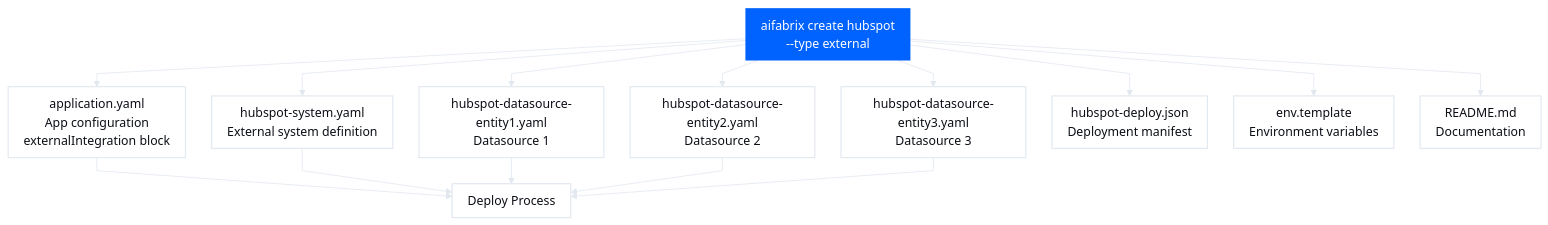
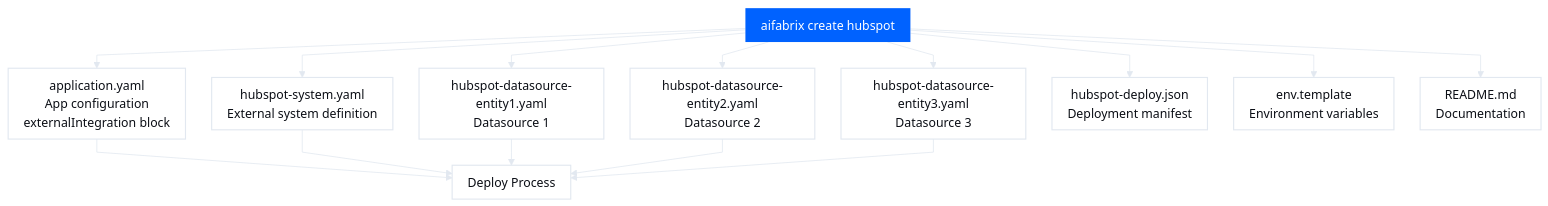
One commit to esystemsdev/aifabrix-builder changed the second of 3 diagrams in docs/external-systems.md. Above: the diagram before and after it, drawn with Mermaid. The commit also changed other lines of this file and 41 other files, not shown here.

````diff
--- a/docs/external-systems.md
+++ b/docs/external-systems.md
@@ -163,49 +163,49 @@
 ```mermaid
 %%{init: {
   "theme": "base",
   "themeVariables": {
     "fontFamily": "Poppins, Arial Rounded MT Bold, Arial, sans-serif",
     "fontSize": "16px",
     "background": "#FFFFFF",
     "primaryColor": "#F8FAFC",
     "primaryTextColor": "#0B0E15",
     "primaryBorderColor": "#E2E8F0",
     "lineColor": "#E2E8F0",
     "textColor": "#0B0E15",
     "borderRadius": 16
   },
   "flowchart": {
     "curve": "linear",
     "nodeSpacing": 34,
     "rankSpacing": 34,
     "padding": 10
   }
 }}%%
 
 flowchart TD
 
 %% =======================
 %% Styles
 %% =======================
 classDef base fill:#FFFFFF,color:#0B0E15,stroke:#E2E8F0,stroke-width:1.5px;
 classDef medium fill:#1E3A8A,color:#ffffff,stroke-width:0px;
 classDef primary fill:#0062FF,color:#ffffff,stroke-width:0px;
 
 %% =======================
 %% Flow
 %% =======================
-Create[aifabrix create hubspot<br/>--type external]:::primary --> Variables[application.yaml<br/>App configuration<br/>externalIntegration block]:::base
+Create[aifabrix create hubspot]:::primary --> Variables[application.yaml<br/>App configuration<br/>externalIntegration block]:::base
 Create --> SystemYaml[hubspot-system.yaml<br/>External system definition]:::base
 Create --> Datasource1[hubspot-datasource-entity1.yaml<br/>Datasource 1]:::base
 Create --> Datasource2[hubspot-datasource-entity2.yaml<br/>Datasource 2]:::base
 Create --> Datasource3[hubspot-datasource-entity3.yaml<br/>Datasource 3]:::base
 Create --> DeployManifest[hubspot-deploy.json<br/>Deployment manifest]:::base
 Create --> EnvTemplate[env.template<br/>Environment variables]:::base
 Create --> Readme[README.md<br/>Documentation]:::base
 
 Variables --> Deploy[Deploy Process]:::base
 SystemYaml --> Deploy
 Datasource1 --> Deploy
 Datasource2 --> Deploy
 Datasource3 --> Deploy
 ```
````
